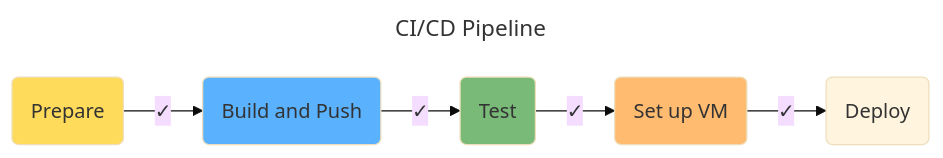
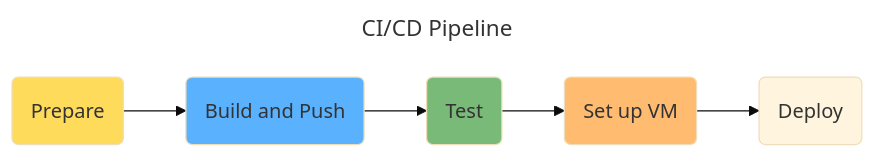
Before and after one commit to DevOps-2024-group-p/maxitwit: the fifth of 9 diagrams in report/report.md, drawn with Mermaid (base theme). The commit also changed other lines of this file and 2 other files, not shown here.

````diff
--- a/report/report.md
+++ b/report/report.md
@@ -173,15 +173,15 @@
 ```mermaid
 ---
 title: CI/CD Pipeline
 ---
 flowchart LR
-        id0("Prepare")--"✓"-->id1("Build and Push")
-        id1--"✓"-->id2("Test")
-        id2--"✓"-->id3("Set up VM")
-        id3--"✓"-->id4("Deploy")
+        id0("Prepare")-->id1("Build and Push")
+        id1-->id2("Test")
+        id2-->id3("Set up VM")
+        id3-->id4("Deploy")
 
         style id0 fill:#FFDB5C
         style id1 fill:#5AB2FF
         style id2 fill:#7ABA78
         style id3 fill:#FFBB70
 ```
````
